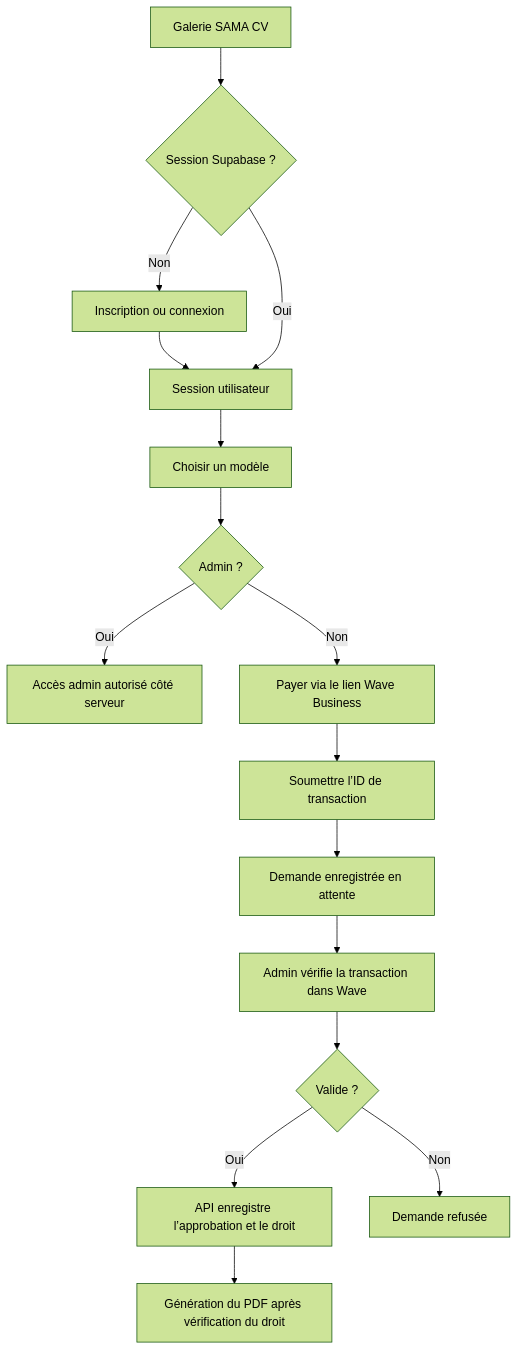
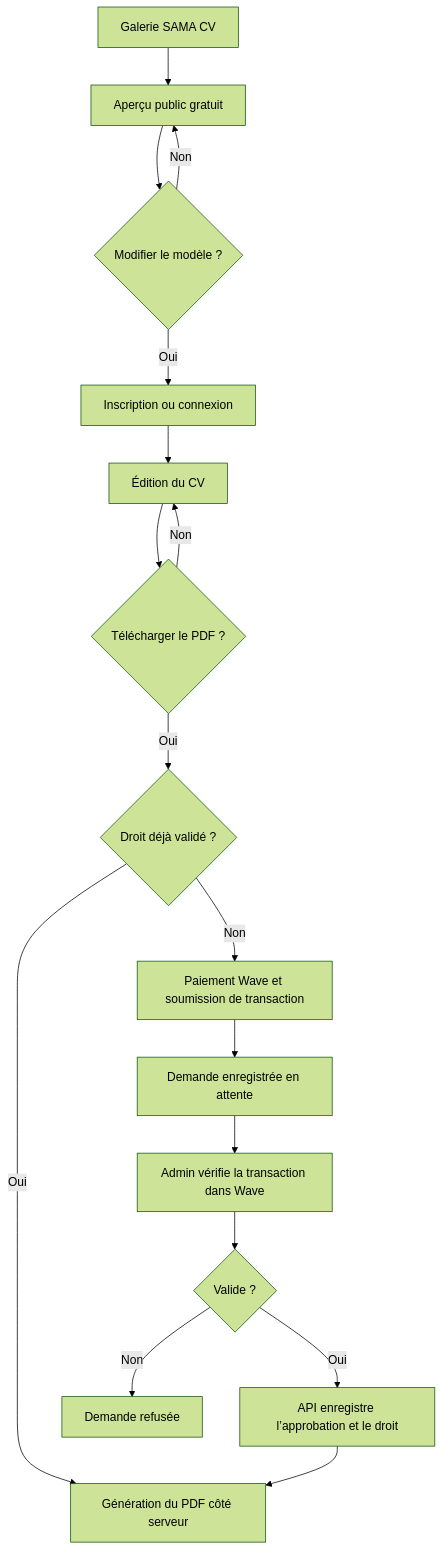
Before and after one commit to macalouboubaa-lab/model_CV: the diagram in ARCHITECTURE.md, drawn with Mermaid (forest theme). The commit also changed other lines of this file and 26 other files, not shown here.

````diff
--- a/ARCHITECTURE.md
+++ b/ARCHITECTURE.md
@@ -11,18 +11,19 @@
 ```mermaid
 flowchart TD
-  A[Galerie SAMA CV] --> B{Session Supabase ?}
-  B -- Non --> C[Inscription ou connexion]
-  C --> D[Session utilisateur]
-  B -- Oui --> D
-  D --> E[Choisir un modèle]
-  E --> F{Admin ?}
-  F -- Oui --> G[Accès admin autorisé côté serveur]
-  F -- Non --> H[Payer via le lien Wave Business]
-  H --> I[Soumettre l’ID de transaction]
+  A[Galerie SAMA CV] --> B[Aperçu public gratuit]
+  B --> C{Modifier le modèle ?}
+  C -- Oui --> D[Inscription ou connexion]
+  D --> E[Édition du CV]
+  C -- Non --> B
+  E --> F{Télécharger le PDF ?}
+  F -- Non --> E
+  F -- Oui --> G{Droit déjà validé ?}
+  G -- Oui --> H[Génération du PDF côté serveur]
+  G -- Non --> I[Paiement Wave et soumission de transaction]
   I --> J[Demande enregistrée en attente]
   J --> K[Admin vérifie la transaction dans Wave]
   K --> L{Valide ?}
   L -- Oui --> M[API enregistre l’approbation et le droit]
   L -- Non --> N[Demande refusée]
-  M --> O[Génération du PDF après vérification du droit]
+  M --> H
 ```
````
